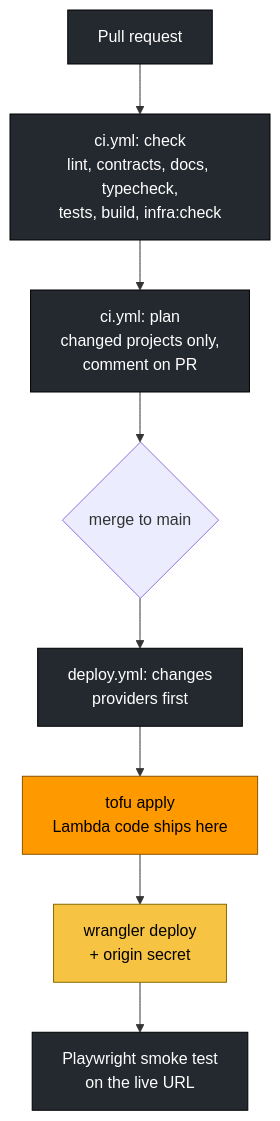
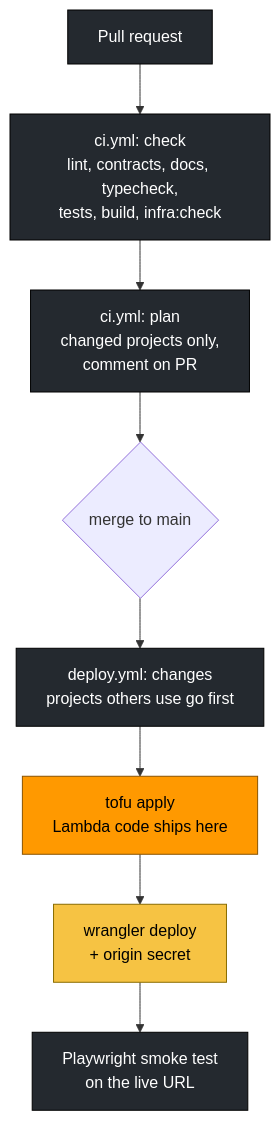
One commit to Dr4wOne/dr4w changed the second of 3 diagrams in docs/handbook/11-shipping-and-running.md. Above: the diagram before and after it, drawn with Mermaid. The commit also changed other lines of this file and 28 other files, not shown here.

````diff
--- a/docs/handbook/11-shipping-and-running.md
+++ b/docs/handbook/11-shipping-and-running.md
@@ -45,13 +47,13 @@
 ```mermaid
 flowchart TB
   pr["Pull request"]:::github --> chk["ci.yml: check<br/>lint, contracts, docs, typecheck,<br/>tests, build, infra:check"]:::github
   chk --> pl["ci.yml: plan<br/>changed projects only,<br/>comment on PR"]:::github
   pl --> m{"merge to main"}
-  m --> ch["deploy.yml: changes<br/>providers first"]:::github
+  m --> ch["deploy.yml: changes<br/>projects others use go first"]:::github
   ch --> ap["tofu apply<br/>Lambda code ships here"]:::aws
   ap --> wr["wrangler deploy<br/>+ origin secret"]:::cf
   wr --> sm["Playwright smoke test<br/>on the live URL"]:::github
   classDef aws fill:#FF9900,stroke:#8a5300,color:#000
   classDef cf fill:#F6C343,stroke:#8a6d00,color:#000
   classDef github fill:#24292F,stroke:#000,color:#fff
 ```
````
